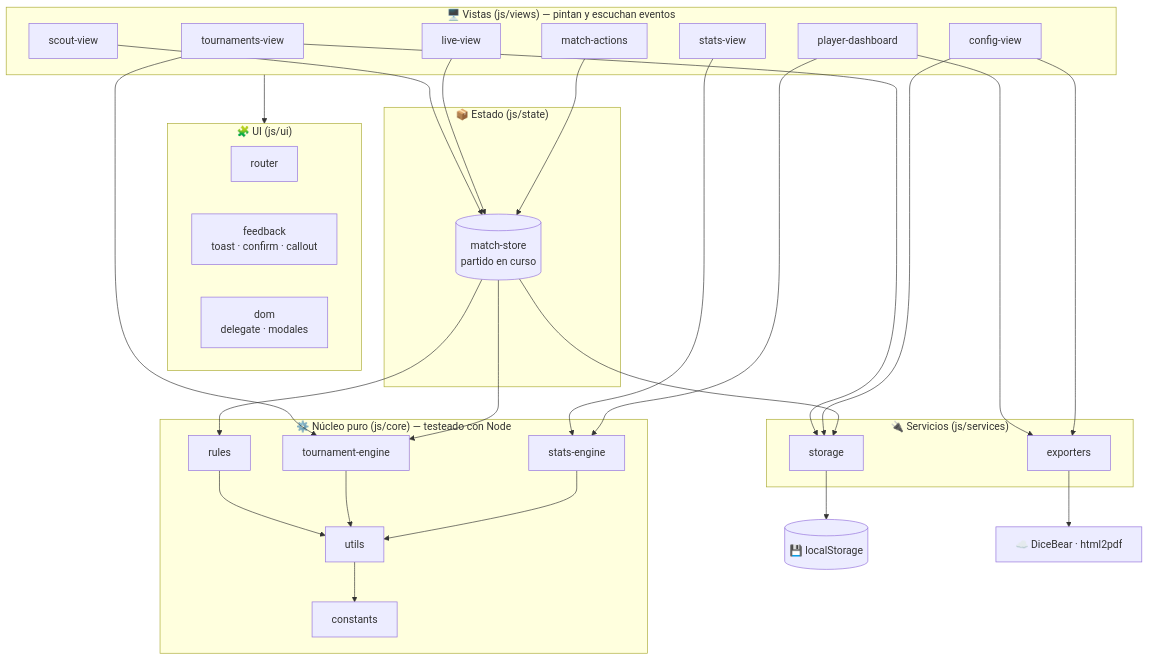
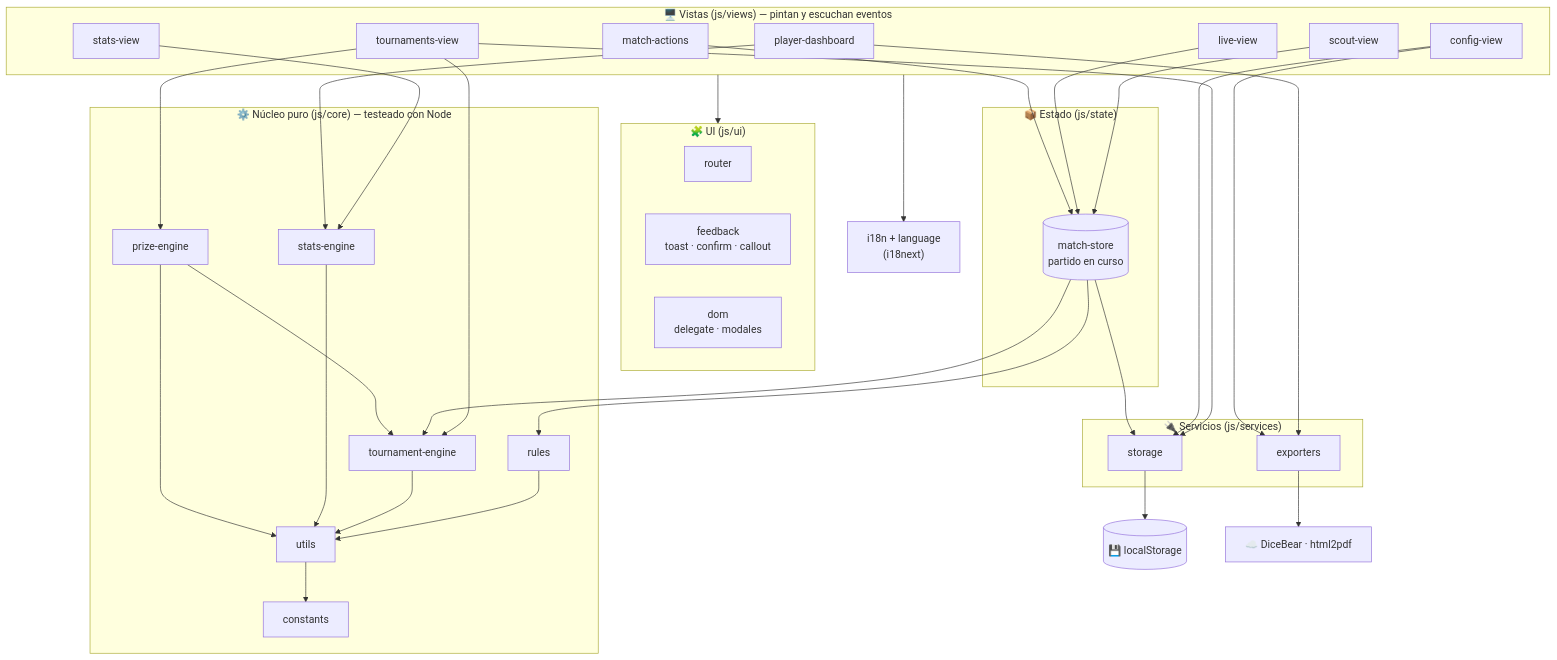
One commit to jackmaf/board_beachvoley changed the second of 10 diagrams in CLAUDE.md. Above: the diagram before and after it, drawn with Mermaid. The commit also changed other lines of this file and 31 other files, not shown here.

````diff
--- a/CLAUDE.md
+++ b/CLAUDE.md
@@ -90,49 +99,52 @@
 ```mermaid
 flowchart TB
     subgraph V["🖥️ Vistas (js/views) — pintan y escuchan eventos"]
         TV[tournaments-view]
         CV[config-view]
         SV[scout-view]
         LV[live-view]
         STV[stats-view]
         PD[player-dashboard]
         MA[match-actions]
     end
 
     subgraph UI["🧩 UI (js/ui)"]
         ROUTER[router]
         FB["feedback<br/>toast · confirm · callout"]
         DOM["dom<br/>delegate · modales"]
     end
 
     subgraph ST["📦 Estado (js/state)"]
         STORE[("match-store<br/>partido en curso")]
     end
 
     subgraph SVC["🔌 Servicios (js/services)"]
         STORAGE[storage]
         EXP[exporters]
     end
 
     subgraph CORE["⚙️ Núcleo puro (js/core) — testeado con Node"]
         RULES[rules]
         TE[tournament-engine]
         SE[stats-engine]
+        PE[prize-engine]
         UT[utils]
         C[constants]
     end
 
     LS[("💾 localStorage")]
     EXT["☁️ DiceBear · html2pdf"]
 
     V --> UI
     SV & LV & MA --> STORE
     TV & CV --> STORAGE
     STV & PD --> SE
-    TV --> TE
+    TV --> TE & PE
+    V --> I18N["i18n + language<br/>(i18next)"]
     PD & CV --> EXP
     STORE --> RULES & STORAGE & TE
     STORAGE --> LS
     EXP --> EXT
-    RULES & TE & SE --> UT --> C
+    PE --> TE
+    RULES & TE & SE & PE --> UT --> C
 ```
````
